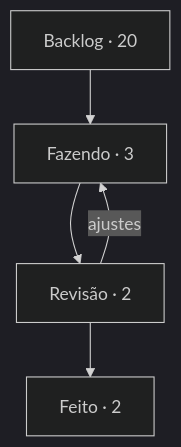
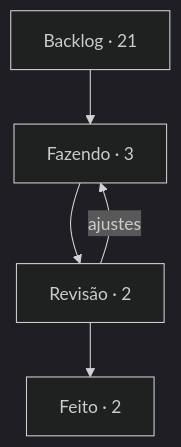
One commit to StudioVibi/VibiKanban changed the diagram in boards/dungeon-bend/BOARD.md. Above: the diagram before and after it, drawn with Mermaid (dark theme). The commit also changed other lines of this file and 2 other files, not shown here.

````diff
--- a/boards/dungeon-bend/BOARD.md
+++ b/boards/dungeon-bend/BOARD.md
@@ -5,10 +5,10 @@
 ```mermaid
 flowchart TD
-  backlog["Backlog · 20"] --> doing["Fazendo · 3"]
+  backlog["Backlog · 21"] --> doing["Fazendo · 3"]
   doing --> review["Revisão · 2"]
   review --> done["Feito · 2"]
   review -->|ajustes| doing
   doing:::blue
   review:::yellow
   done:::green
 ```
````
